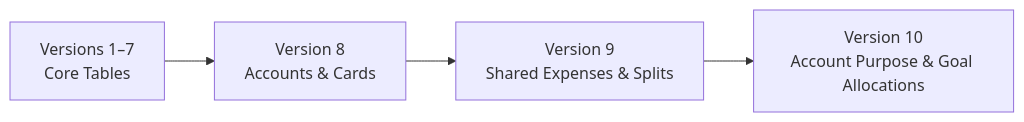
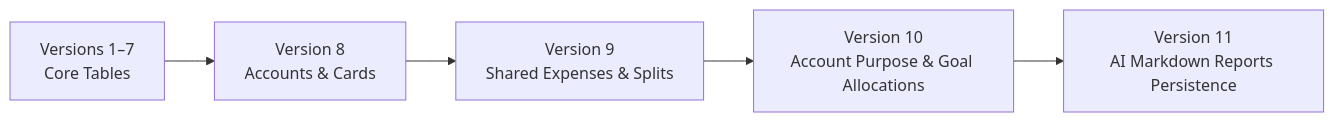
Before and after one commit to Mani242002/empty-pocket: the diagram in ARCHITECTURE.md, drawn with Mermaid. The commit also changed other lines of this file and 27 other files, not shown here.

Commit message:
refactor(core): clean architecture AiReportsRepository, tabular figures typography, global search, and adaptive overlay

````diff
--- a/ARCHITECTURE.md
+++ b/ARCHITECTURE.md
@@ -85,6 +80,7 @@
 ```mermaid
 graph LR
     v1_to_v7[Versions 1–7<br/>Core Tables] --> v8[Version 8<br/>Accounts & Cards]
     v8 --> v9[Version 9<br/>Shared Expenses & Splits]
     v9 --> v10[Version 10<br/>Account Purpose & Goal Allocations]
+    v10 --> v11[Version 11<br/>AI Markdown Reports Persistence]
 ```
````
